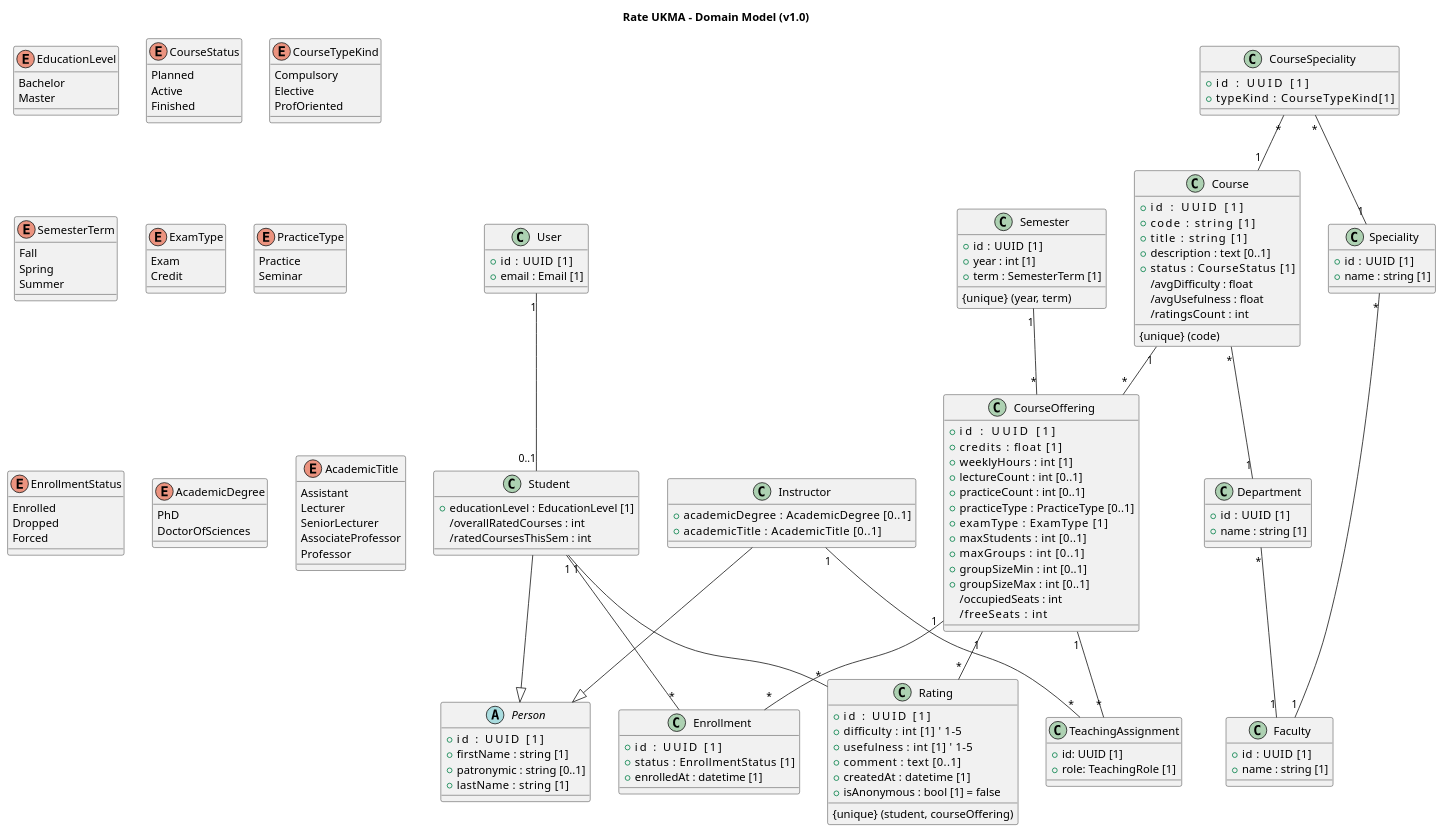
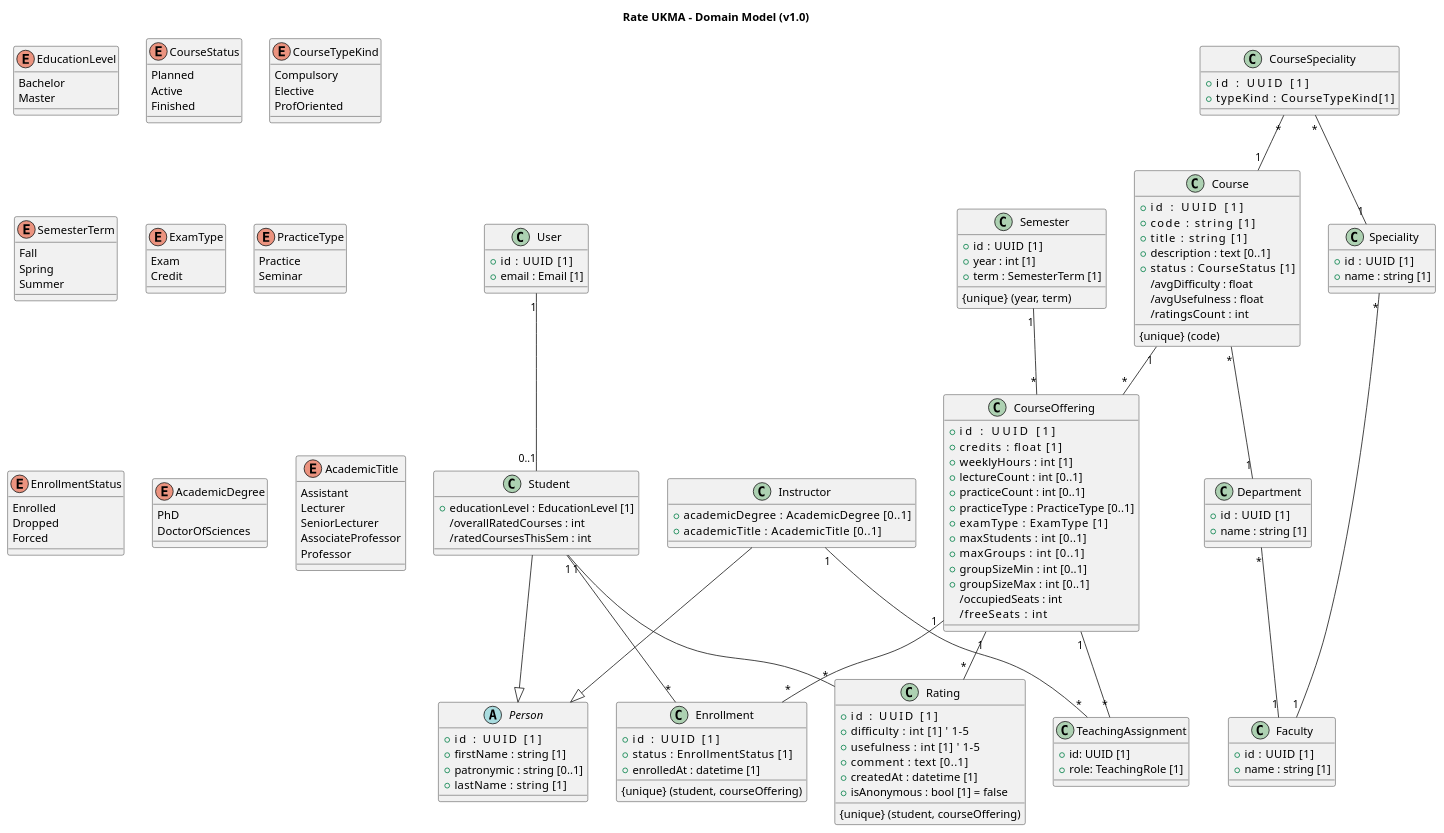
The diagram in docs/architecture/uml/domain-model.puml (ukma-cs-ssdm-2025/rate-ukma), drawn with PlantUML before and after one commit.

Commit message:
docs(#86): add Enrollment uniqueness constraint

```diff
--- a/docs/architecture/uml/domain-model.puml
+++ b/docs/architecture/uml/domain-model.puml
@@ -1,172 +1,173 @@
 @startuml core-domain-model
 title Rate UKMA – Domain Model (v1.0)
 
 class User {
   +id    : UUID [1]
   +email : Email [1]
 }
 
 abstract class Person {
   +id         : UUID [1]
   +firstName  : string [1]
   +patronymic : string [0..1]
   +lastName   : string [1]
 }
 
 class Student {
   +educationLevel : EducationLevel [1]
   /overallRatedCourses : int
   /ratedCoursesThisSem : int
 }
 User "1" -- "0..1" Student
 Student --|> Person
 
 class Instructor {
   +academicDegree     : AcademicDegree [0..1]
   +academicTitle      : AcademicTitle [0..1]
 }
 Instructor --|> Person
 
 class Faculty {
   +id   : UUID [1]
   +name : string [1]
 }
 
 class Department {
   +id   : UUID [1]
   +name : string [1]
 }
 Department "*" -- "1" Faculty
 
 class Speciality {
   +id   : UUID [1]
   +name : string [1]
 }
 Speciality "*" -- "1" Faculty
 
 class Course {
   +id           : UUID [1]
   +code         : string [1]
   +title        : string [1]
   +description  : text [0..1]
   +status       : CourseStatus [1]
   /avgDifficulty : float
   /avgUsefulness : float
   /ratingsCount  : int
   {unique} (code)
 }
 Course "*" -- "1" Department
 
 class CourseSpeciality {
   +id           : UUID [1]
   +typeKind         : CourseTypeKind[1]
 }
 CourseSpeciality "*" -- "1" Course
 CourseSpeciality "*" -- "1" Speciality
 
 class Semester {
   +id   : UUID [1]
   +year : int [1]
   +term : SemesterTerm [1]
   {unique} (year, term)
 }
 
 class CourseOffering {
   +id            : UUID [1]
   +credits       : float [1]
   +weeklyHours   : int [1]
   +lectureCount  : int [0..1]
   +practiceCount : int [0..1]
   +practiceType  : PracticeType [0..1]
   +examType      : ExamType [1]
   +maxStudents   : int [0..1]
   +maxGroups     : int [0..1]
   +groupSizeMin  : int [0..1]
   +groupSizeMax  : int [0..1]
   /occupiedSeats : int
   /freeSeats     : int
 }
 Course "1"   -- "*" CourseOffering
 Semester "1" -- "*" CourseOffering
 
 class TeachingAssignment {
   +id: UUID [1]
   +role: TeachingRole [1]
 }
 CourseOffering "1" -- "*" TeachingAssignment
 Instructor "1" -- "*" TeachingAssignment
 
 
 class Enrollment {
   +id         : UUID [1]
   +status     : EnrollmentStatus [1]
   +enrolledAt : datetime [1]
+  {unique} (student, courseOffering)
 }
 Student "1"        -- "*" Enrollment
 CourseOffering "1" -- "*" Enrollment
 
 class Rating {
   +id         : UUID [1]
   +difficulty : int [1]    ' 1–5
   +usefulness : int [1]    ' 1–5
   +comment    : text [0..1]
   +createdAt  : datetime [1]
   +isAnonymous : bool [1] = false
   {unique} (student, courseOffering)
 }
 Student "1" -- "*" Rating
 CourseOffering  "1" -- "*" Rating
 
 enum EducationLevel {
   Bachelor
   Master
 }
 
 enum CourseStatus {
   Planned
   Active
   Finished
 }
 
 enum CourseTypeKind {
   Compulsory
   Elective
   ProfOriented
 }
 
 enum SemesterTerm {
   Fall
   Spring
   Summer
 }
 
 enum ExamType {
   Exam
   Credit
 }
 
 enum PracticeType {
   Practice
   Seminar
 }
 
 enum EnrollmentStatus {
   Enrolled
   Dropped
   Forced
 }
 
 enum AcademicDegree {
   PhD
   DoctorOfSciences
 }
 
 enum AcademicTitle {
   Assistant
   Lecturer
   SeniorLecturer
   AssociateProfessor   
   Professor            
 }
 
 @enduml
```
